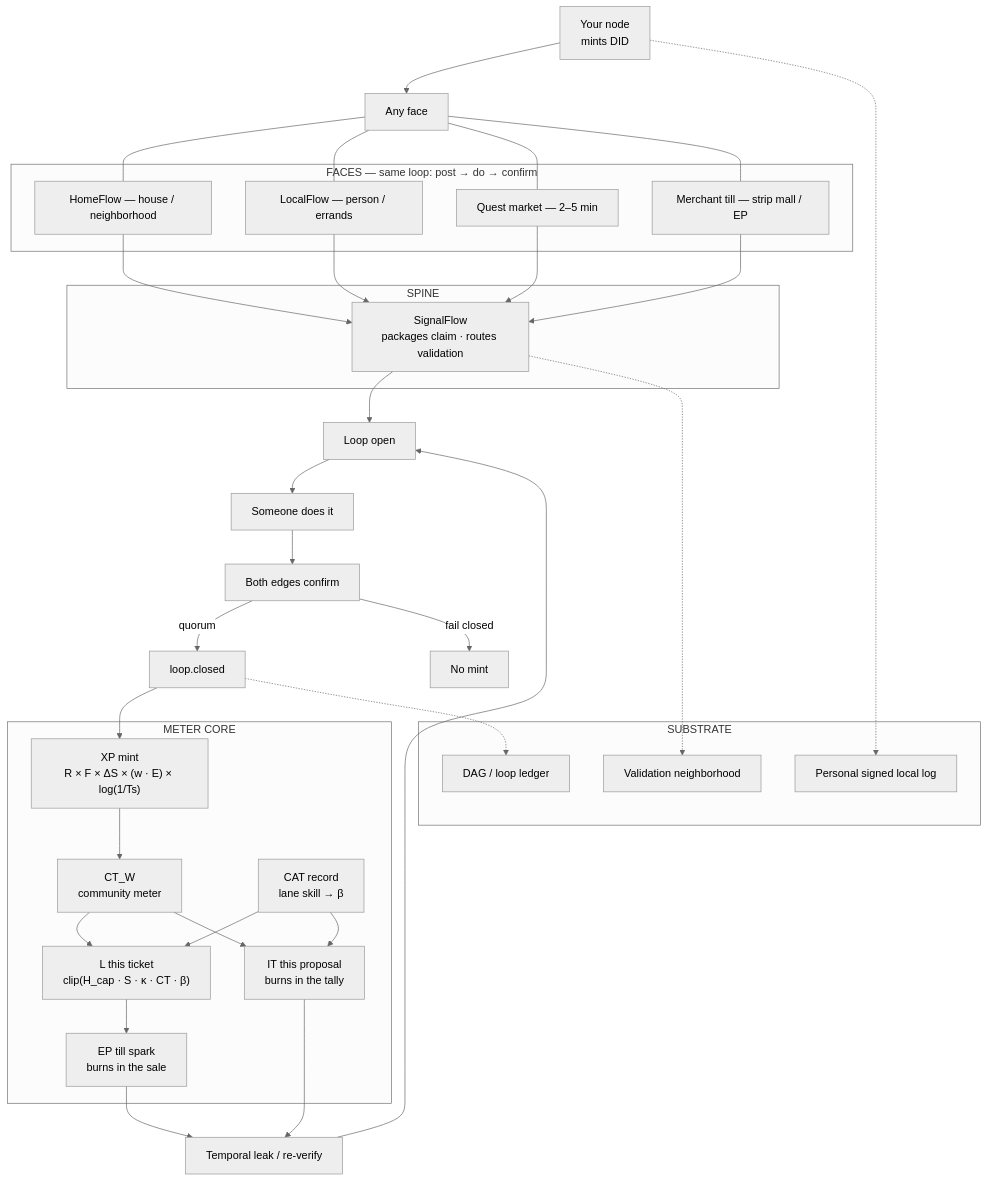
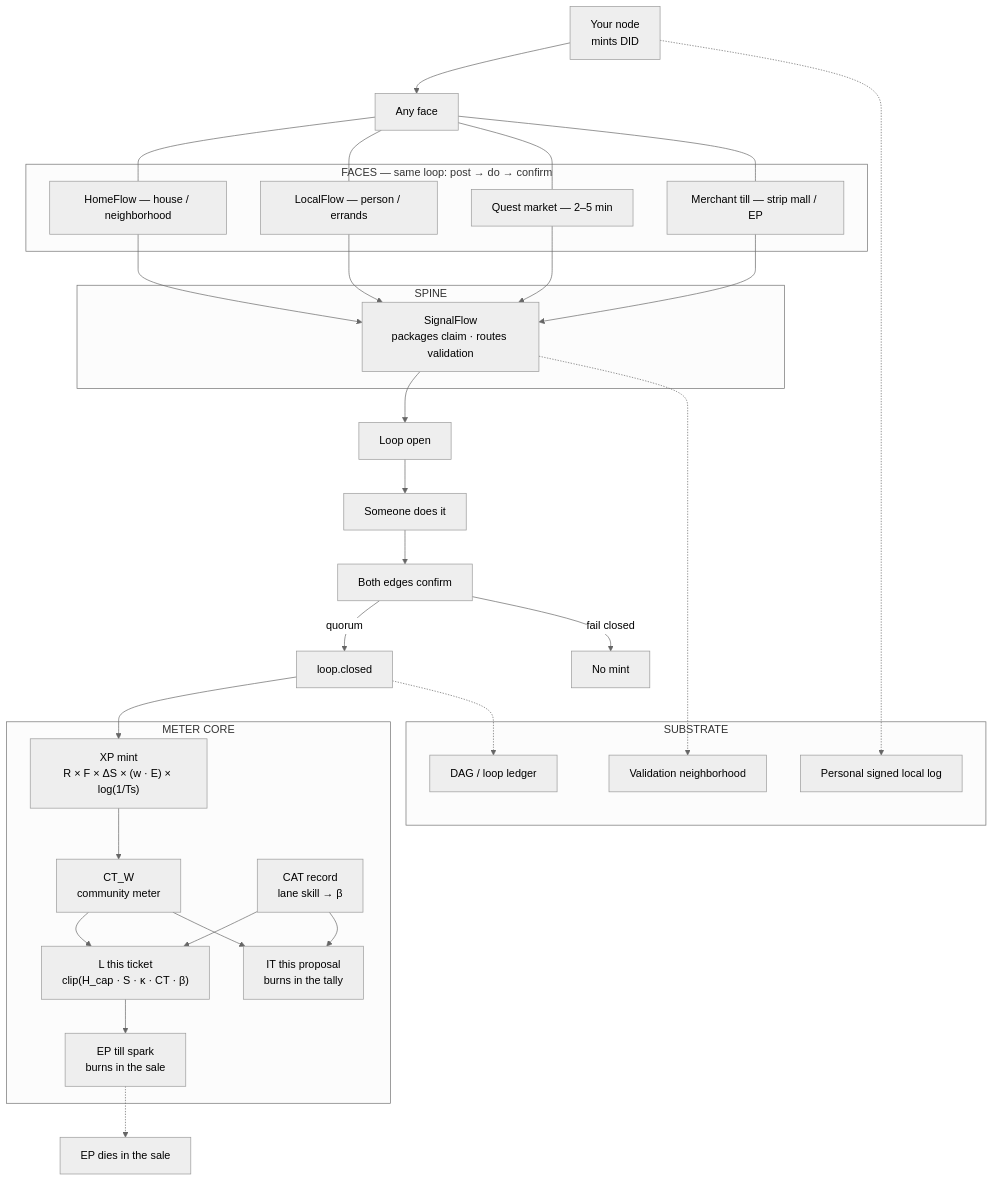
One commit to 00ranman/extropy-engine changed the diagram in ARCHITECTURE.md. Above: the diagram before and after it, drawn with Mermaid. The commit also changed other lines of this file and 3 other files, not shown here.

First line of the commit message:
Lock the glance diagram.

````diff
--- a/ARCHITECTURE.md
+++ b/ARCHITECTURE.md
@@ -22,61 +22,59 @@
 ```mermaid
 %%{init: {"theme": "neutral"}}%%
 flowchart TB
   NODE["Your node\nmints DID"] --> FACE
 
   subgraph FACES["FACES — same loop: post → do → confirm"]
     HF["HomeFlow — house / neighborhood"]
     LF["LocalFlow — person / errands"]
     QM["Quest market — 2–5 min"]
     TILL["Merchant till — strip mall / EP"]
   end
   FACE["Any face"] --- HF
   FACE --- LF
   FACE --- QM
   FACE --- TILL
 
   HF --> SF
   LF --> SF
   QM --> SF
   TILL --> SF
 
   subgraph SPINE["SPINE"]
     SF["SignalFlow\npackages claim · routes validation"]
   end
 
   SF --> OPEN["Loop open"]
   OPEN --> DO["Someone does it"]
   DO --> CONFIRM["Both edges confirm"]
   CONFIRM -->|quorum| CLOSE["loop.closed"]
   CONFIRM -->|fail closed| NOMINT["No mint"]
 
   CLOSE --> XP
 
   subgraph METERS["METER CORE"]
     XP["XP mint\nR × F × ΔS × (w · E) × log(1/Ts)"]
     CT["CT_W\ncommunity meter"]
     L["L this ticket\nclip(H_cap · S · κ · CT · β)"]
     EP["EP till spark\nburns in the sale"]
     CAT["CAT record\nlane skill → β"]
     IT["IT this proposal\nburns in the tally"]
   end
 
   XP --> CT
   CT --> L
   CAT --> L
   L --> EP
   CT --> IT
   CAT --> IT
-  EP --> TEMP["Temporal leak / re-verify"]
-  IT --> TEMP
-  TEMP --> OPEN
+  EP -.-> DIE["EP dies in the sale"]
 
   subgraph SUBSTRATE["SUBSTRATE"]
     DAG["DAG / loop ledger"]
     VN["Validation neighborhood"]
     PSLL["Personal signed local log"]
   end
   SF -.-> VN
   CLOSE -.-> DAG
   NODE -.-> PSLL
 ```
````
